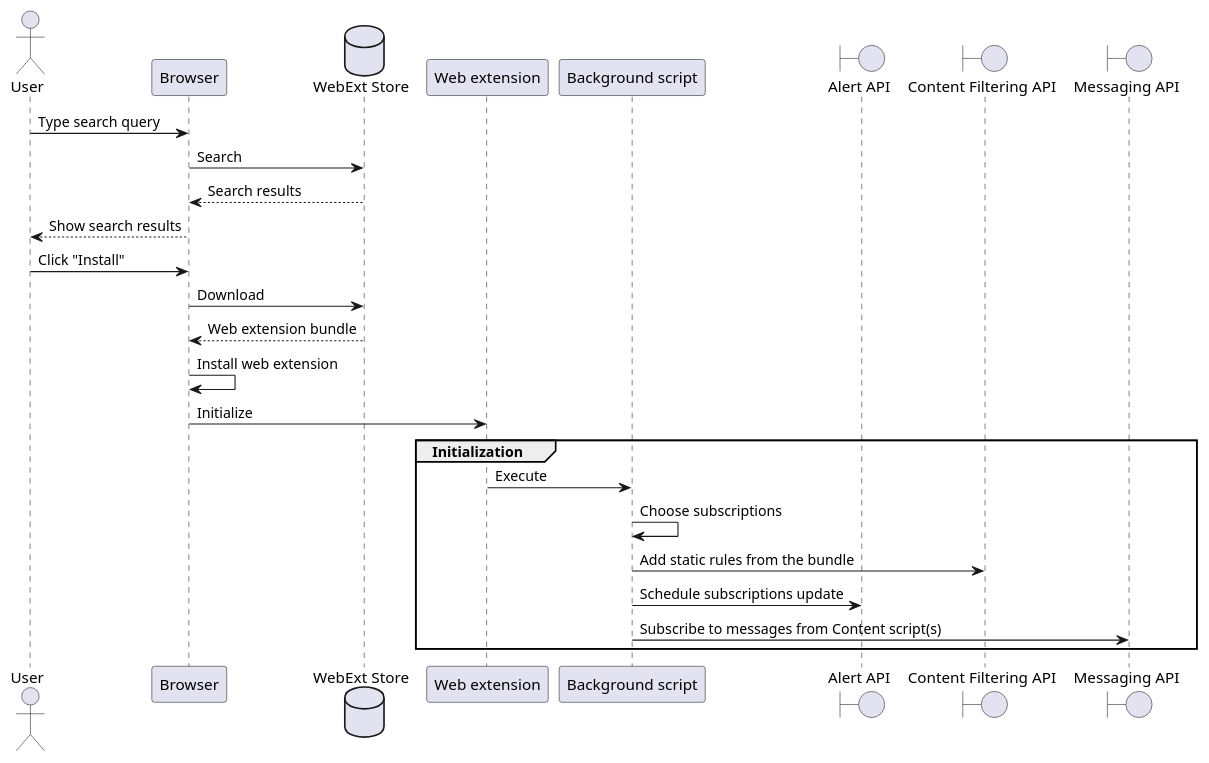
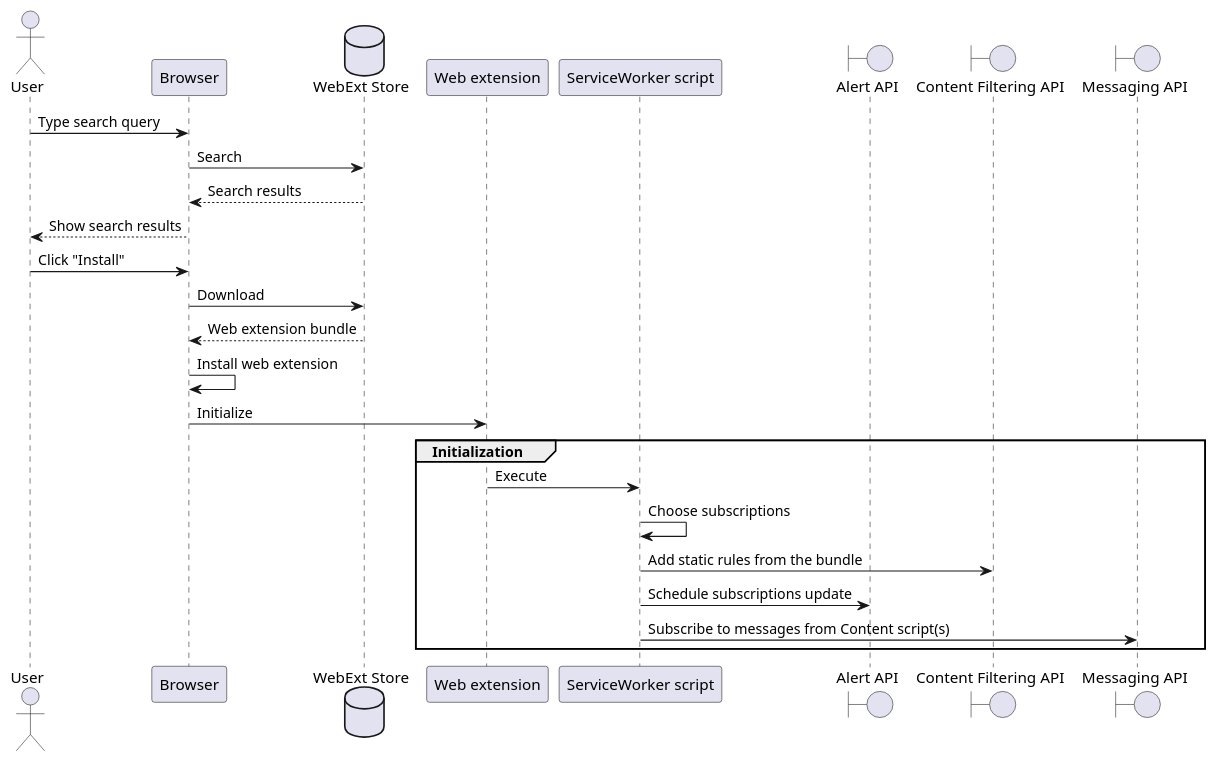
One commit to 4ntoine/mv3_spec_c4 changed the diagram in use_case_webext_installation.puml. Above: the diagram before and after it, drawn with PlantUML. The commit also changed 4 other files, not shown here.

```diff
--- a/use_case_webext_installation.puml
+++ b/use_case_webext_installation.puml
@@ -1,29 +1,29 @@
 @startuml
 
-actor       User                 as user
-participant Browser              as browser
-database    "WebExt Store"       as store
-participant "Web extension"      as webext
-participant "Background script"  as bgScript
-boundary "Alert API"             as schedulerApi
+actor User as user
+participant Browser as browser
+database    "WebExt Store" as store
+participant "Web extension" as webext
+participant "ServiceWorker script" as swScript
+boundary "Alert API" as schedulerApi
 boundary "Content Filtering API" as cfApi
-boundary "Messaging API"         as messagingApi
+boundary "Messaging API" as messagingApi
 
 user -> browser : Type search query 
 browser -> store : Search 
 return Search results
 browser --> user : Show search results
 user -> browser : Click "Install"
 browser -> store : Download
 return Web extension bundle
 browser -> browser : Install web extension
 browser -> webext : Initialize
 group Initialization
-    webext -> bgScript : Execute
-    bgScript -> bgScript : Choose subscriptions
-    bgScript -> cfApi : Add static rules from the bundle
-    bgScript -> schedulerApi : Schedule subscriptions update
-    bgScript -> messagingApi : Subscribe to messages from Content script(s)
+    webext -> swScript : Execute
+    swScript -> swScript : Choose subscriptions
+    swScript -> cfApi : Add static rules from the bundle
+    swScript -> schedulerApi : Schedule subscriptions update
+    swScript -> messagingApi : Subscribe to messages from Content script(s)
 end
 
 @enduml
```
